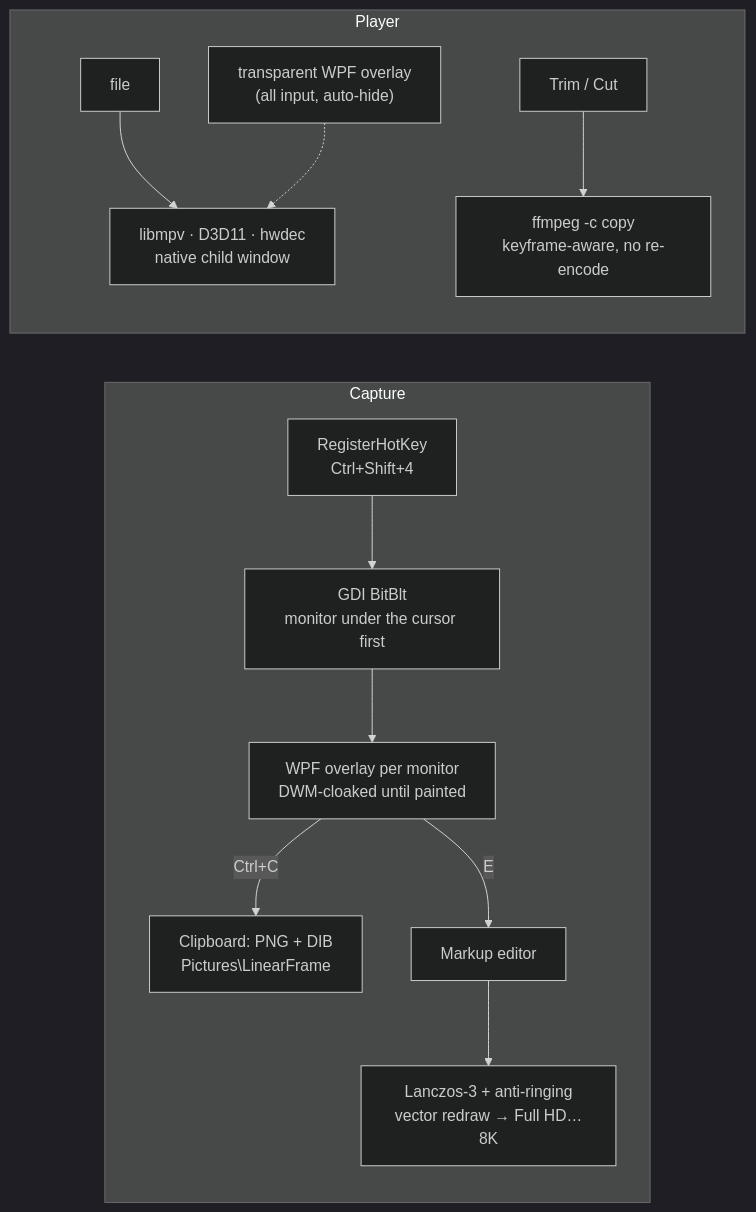
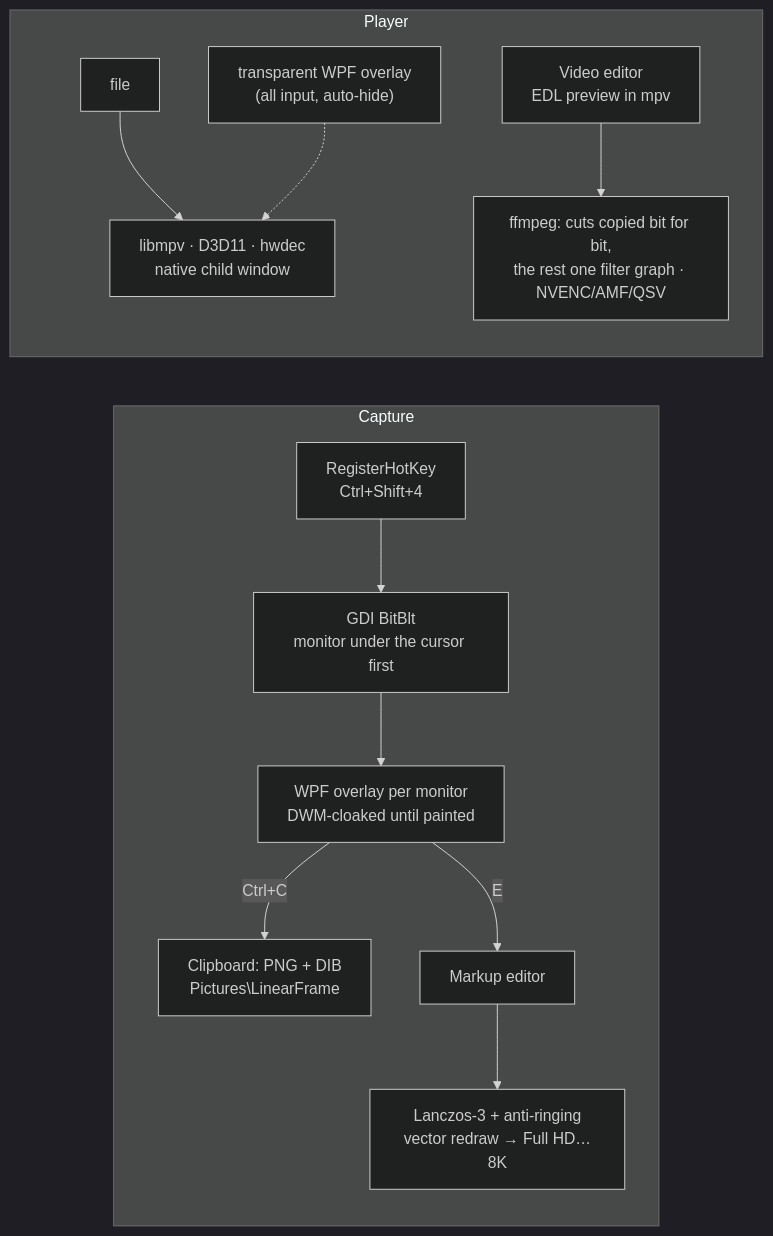
Before and after one commit to striktooo/LinearFrame: the diagram in README.md, drawn with Mermaid (dark theme). The commit also changed other lines of this file and 44 other files, not shown here.

````diff
--- a/README.md
+++ b/README.md
@@ -123,15 +144,15 @@
 ```mermaid
 flowchart LR
     subgraph Capture
       HK["RegisterHotKey<br/>Ctrl+Shift+4"] --> BB["GDI BitBlt<br/>monitor under the cursor first"]
       BB --> OV["WPF overlay per monitor<br/>DWM-cloaked until painted"]
       OV -- "Ctrl+C" --> OUT["Clipboard: PNG + DIB<br/>Pictures\LinearFrame"]
       OV -- "E" --> ED["Markup editor"]
       ED --> EX["Lanczos-3 + anti-ringing<br/>vector redraw → Full HD…8K"]
     end
     subgraph Player
       F["file"] --> MPV["libmpv · D3D11 · hwdec<br/>native child window"]
       UI["transparent WPF overlay<br/>(all input, auto-hide)"] -.-> MPV
-      ED2["Trim / Cut"] --> FF["ffmpeg -c copy<br/>keyframe-aware, no re-encode"]
+      ED2["Video editor<br/>EDL preview in mpv"] --> FF["ffmpeg: cuts copied bit for bit,<br/>the rest one filter graph · NVENC/AMF/QSV"]
     end
 ```
````
